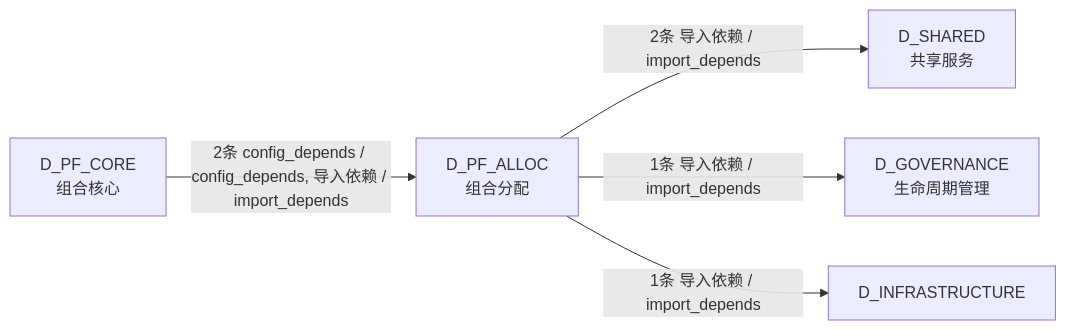
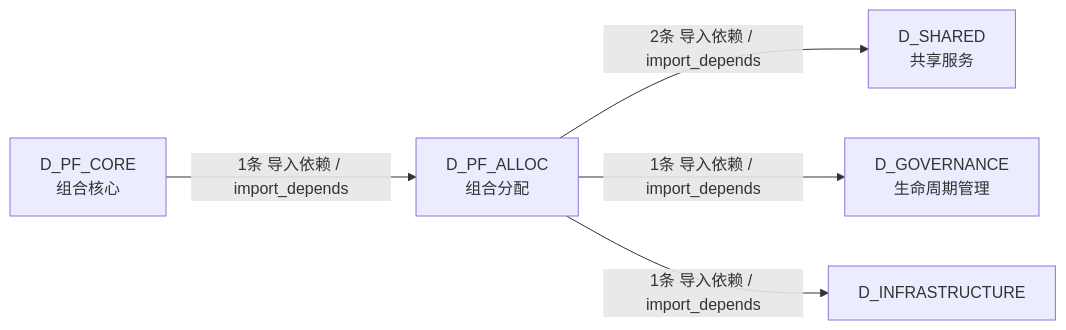
The fifth of 5 diagrams in docs/02_enterprise_architecture/02_domain_architecture_docs/51_d_pf_alloc.md (xuanFelixVan/ZephyrAlpha), drawn with Mermaid before and after one commit. The commit also changed other lines of this file and 126 other files, not shown here.

````diff
--- a/docs/02_enterprise_architecture/02_domain_architecture_docs/51_d_pf_alloc.md
+++ b/docs/02_enterprise_architecture/02_domain_architecture_docs/51_d_pf_alloc.md
@@ -198,12 +195,12 @@
 ```mermaid
 graph LR
     D_PF_ALLOC["D_PF_ALLOC<br/>组合分配"]
     D_SHARED["D_SHARED<br/>共享服务"]
     D_GOVERNANCE["D_GOVERNANCE<br/>生命周期管理"]
     D_INFRASTRUCTURE["D_INFRASTRUCTURE"]
     D_PF_CORE["D_PF_CORE<br/>组合核心"]
     D_PF_ALLOC -->|2条 导入依赖 / import_depends| D_SHARED
     D_PF_ALLOC -->|1条 导入依赖 / import_depends| D_GOVERNANCE
     D_PF_ALLOC -->|1条 导入依赖 / import_depends| D_INFRASTRUCTURE
-    D_PF_CORE -->|2条 config_depends / config_depends, 导入依赖 / import_depends| D_PF_ALLOC
+    D_PF_CORE -->|1条 导入依赖 / import_depends| D_PF_ALLOC
 ```
````
